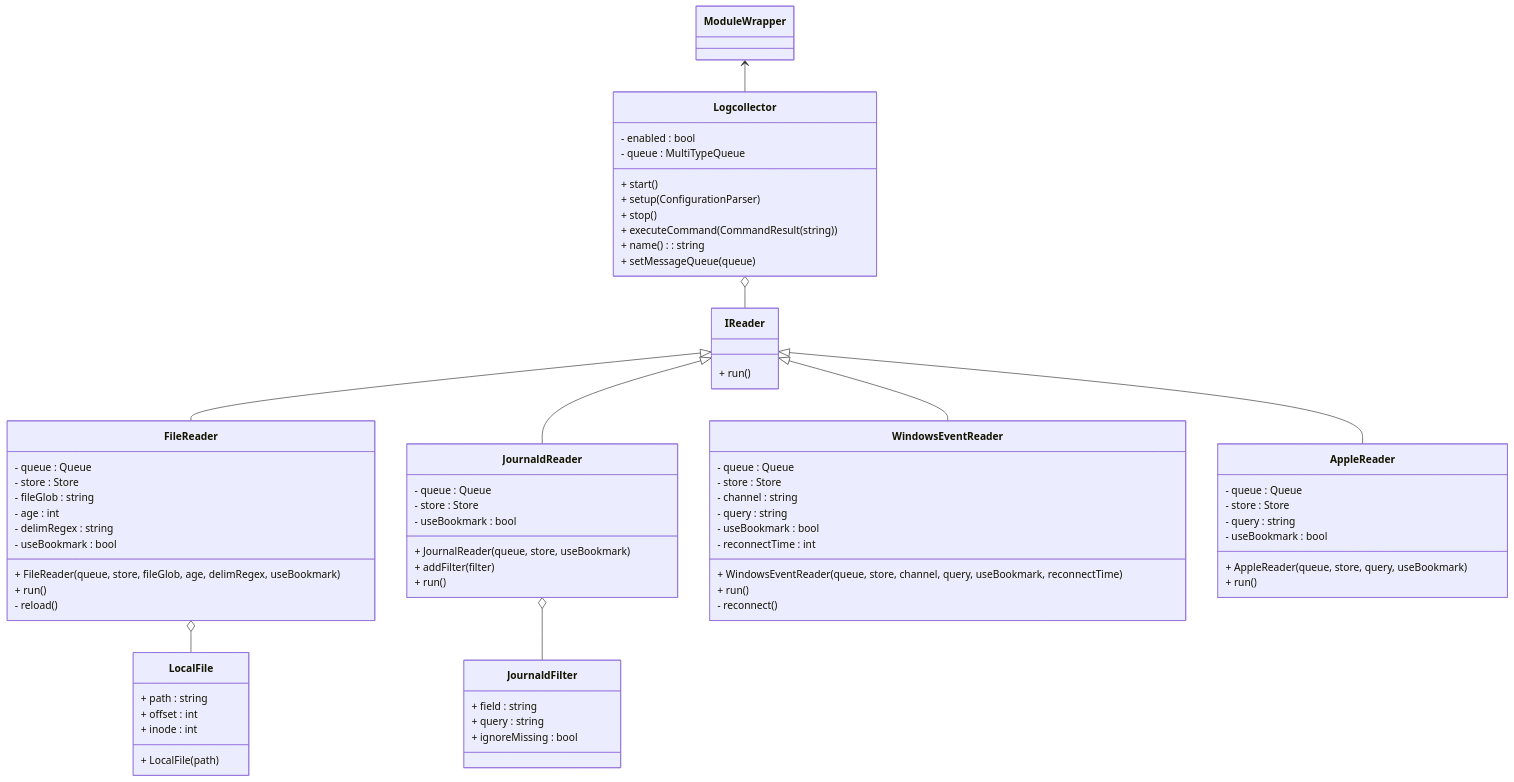
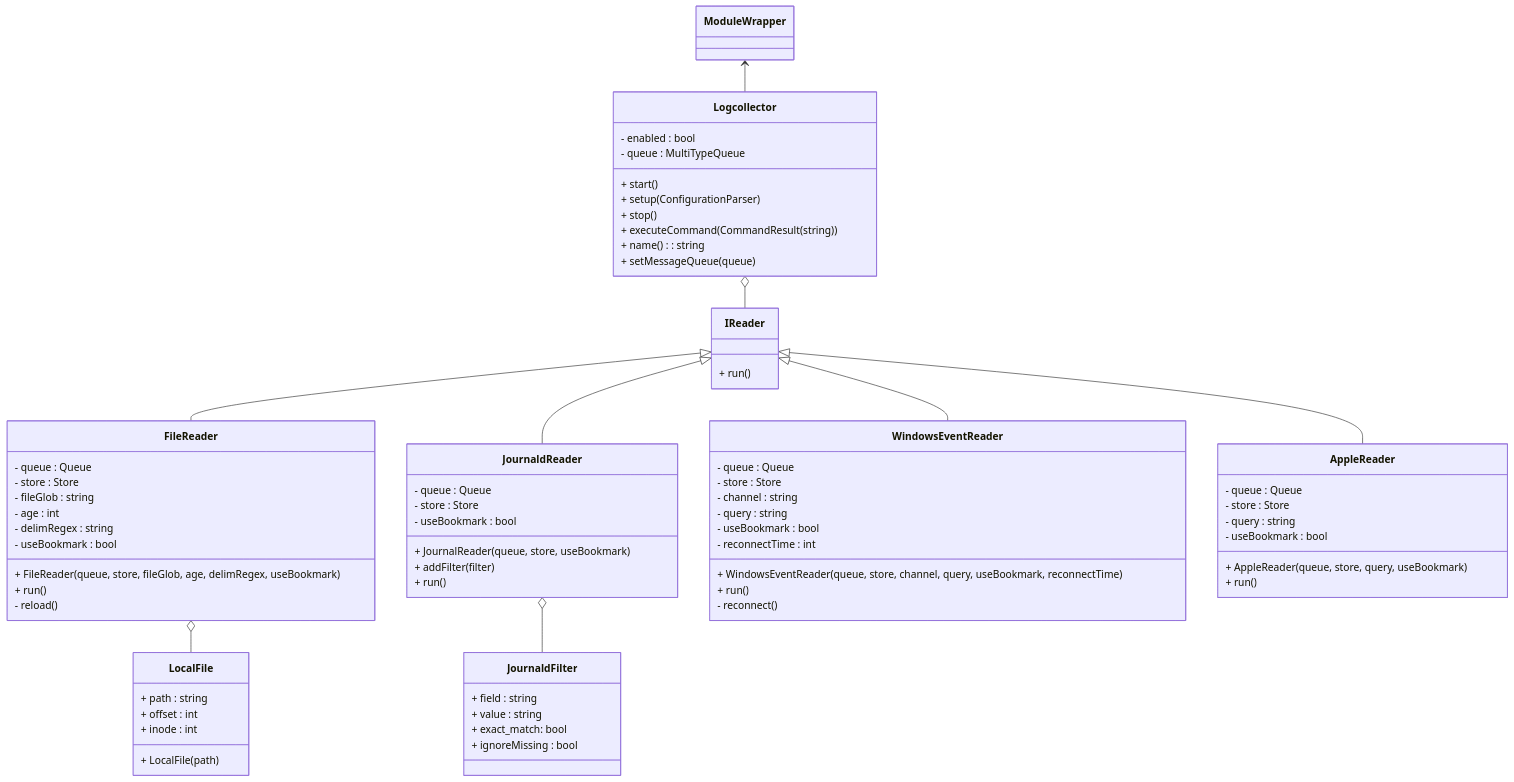
The diagram in src/modules/logcollector/README.md (wazuh/wazuh-agent), drawn with Mermaid before and after one commit. The commit also changed other lines of this file and 14 other files, not shown here.

````diff
--- a/src/modules/logcollector/README.md
+++ b/src/modules/logcollector/README.md
@@ -111,74 +114,75 @@
 ```mermaid
 classDiagram
     class ModuleWrapper
     class Logcollector {
         - enabled : bool
         - queue : MultiTypeQueue
         + start()
         + setup(ConfigurationParser)
         + stop()
         + executeCommand(CommandResult(string))
         + name() : string
         + setMessageQueue(queue)
     }
     class IReader {
         + run()
     }
     class FileReader {
         - queue : Queue
         - store : Store
         - fileGlob : string
         - age : int
         - delimRegex : string
         - useBookmark : bool
         + FileReader(queue, store, fileGlob, age, delimRegex, useBookmark)
         + run()
         - reload()
     }
     class LocalFile {
         + LocalFile(path)
         + path : string
         + offset : int
         + inode : int
     }
     class JournaldReader {
         - queue : Queue
         - store : Store
         - useBookmark : bool
         + JournalReader(queue, store, useBookmark)
         + addFilter(filter)
         + run()
     }
     class JournaldFilter {
         + field : string
-        + query : string
+        + value : string
+        + exact_match: bool
         + ignoreMissing : bool
     }
     class WindowsEventReader {
         - queue : Queue
         - store : Store
         - channel : string
         - query : string
         - useBookmark : bool
         - reconnectTime : int
         + WindowsEventReader(queue, store, channel, query, useBookmark, reconnectTime)
         + run()
         - reconnect()
     }
     class AppleReader {
         - queue : Queue
         - store : Store
         - query : string
         - useBookmark : bool
         + AppleReader(queue, store, query, useBookmark)
         + run()
     }
     ModuleWrapper <-- Logcollector
     Logcollector o-- IReader
     IReader <|-- FileReader
     IReader <|-- JournaldReader
     IReader <|-- WindowsEventReader
     IReader <|-- AppleReader
     FileReader o-- LocalFile
     JournaldReader o-- JournaldFilter
 ```
````
